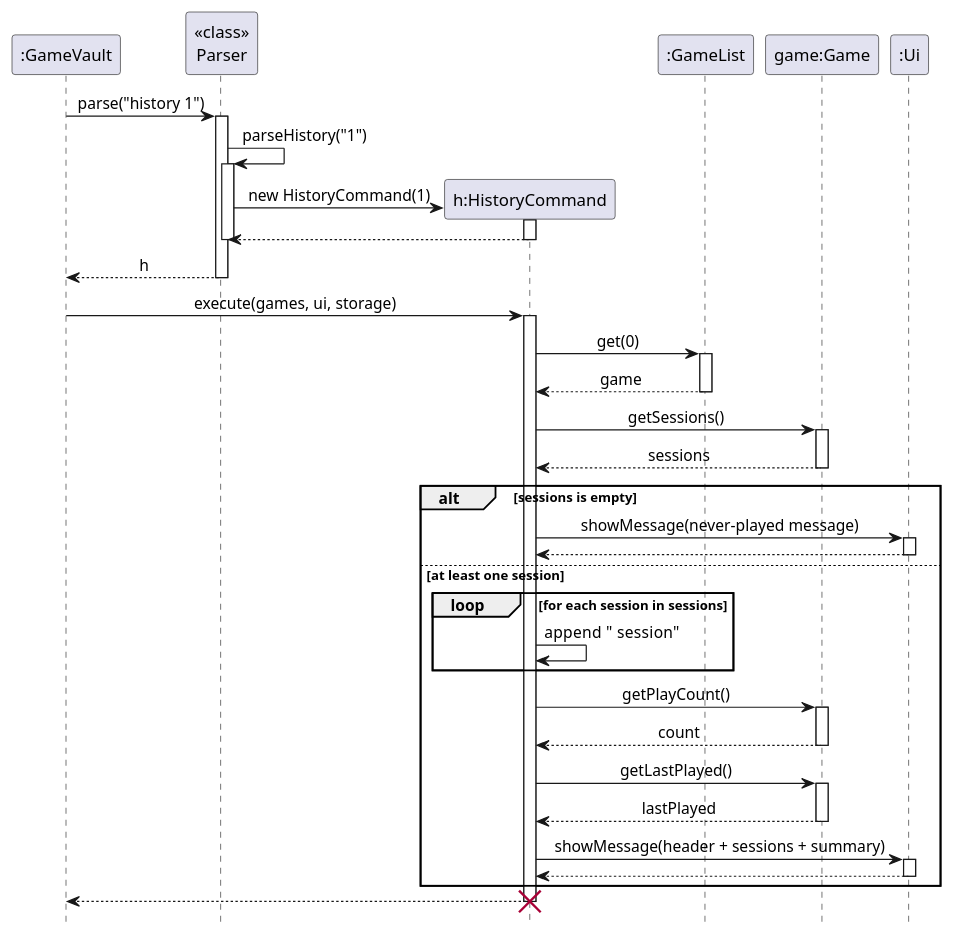
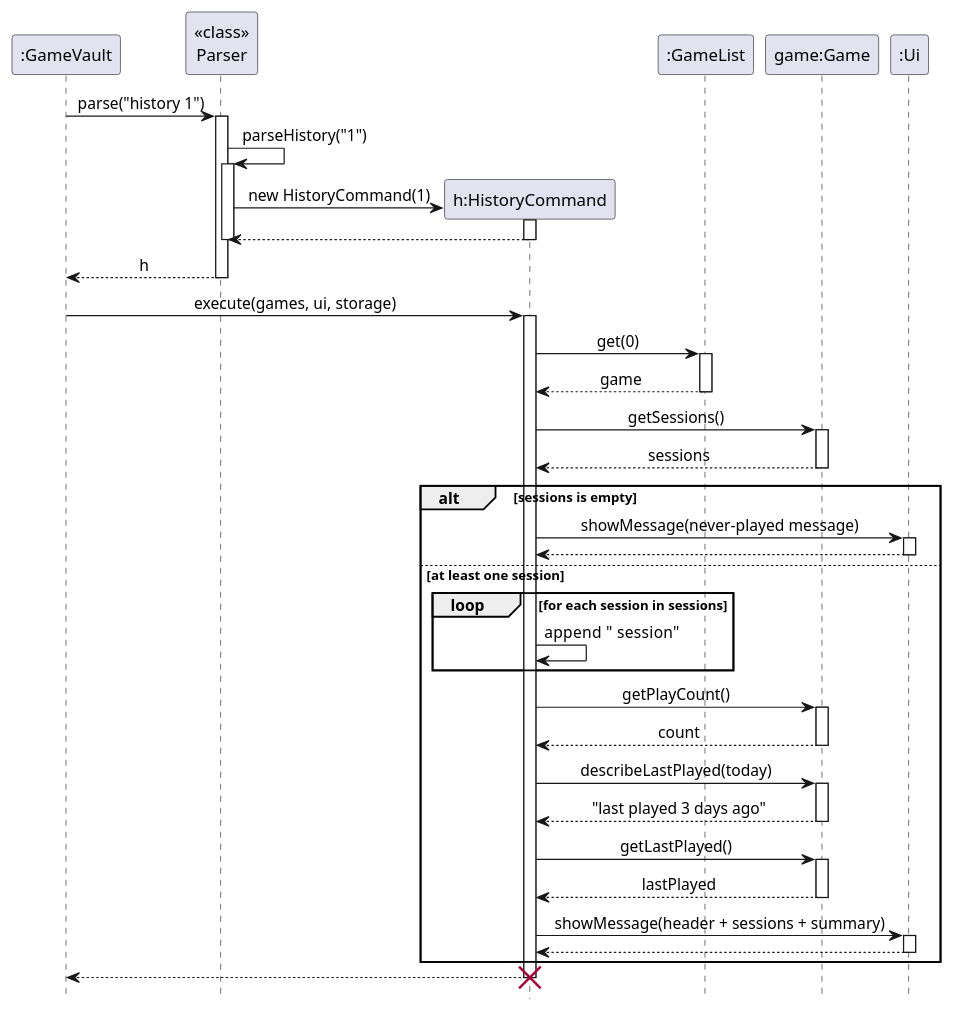
One commit to AY2627S1-CS2113-T11-4/tp changed the diagram in docs/diagrams/HistorySequenceDiagram.puml. Above: the diagram before and after it, drawn with PlantUML. The commit also changed 3 other files, not shown here.

```diff
--- a/docs/diagrams/HistorySequenceDiagram.puml
+++ b/docs/diagrams/HistorySequenceDiagram.puml
@@ -1,62 +1,66 @@
 @startuml
 ' Sequence diagram for "history 1" -- GameVault play history feature
 hide footbox
 skinparam sequenceMessageAlign center
 
 participant ":GameVault" as GV
 participant "<<class>>\nParser" as P
 participant "h:HistoryCommand" as H
 participant ":GameList" as GL
 participant "game:Game" as G
 participant ":Ui" as UI
 
 GV -> P : parse("history 1")
 activate P
 P -> P : parseHistory("1")
 activate P
 create H
 P -> H : new HistoryCommand(1)
 activate H
 H --> P
 deactivate H
 deactivate P
 P --> GV : h
 deactivate P
 
 GV -> H : execute(games, ui, storage)
 activate H
 H -> GL : get(0)
 activate GL
 GL --> H : game
 deactivate GL
 H -> G : getSessions()
 activate G
 G --> H : sessions
 deactivate G
 
 alt sessions is empty
     H -> UI : showMessage(never-played message)
     activate UI
     UI --> H
     deactivate UI
 else at least one session
     loop for each session in sessions
         H -> H : append "  session"
     end
     H -> G : getPlayCount()
     activate G
     G --> H : count
     deactivate G
+    H -> G : describeLastPlayed(today)
+    activate G
+    G --> H : "last played 3 days ago"
+    deactivate G
     H -> G : getLastPlayed()
     activate G
     G --> H : lastPlayed
     deactivate G
     H -> UI : showMessage(header + sessions + summary)
     activate UI
     UI --> H
     deactivate UI
 end
 H --> GV
 deactivate H
 destroy H
 @enduml
```
